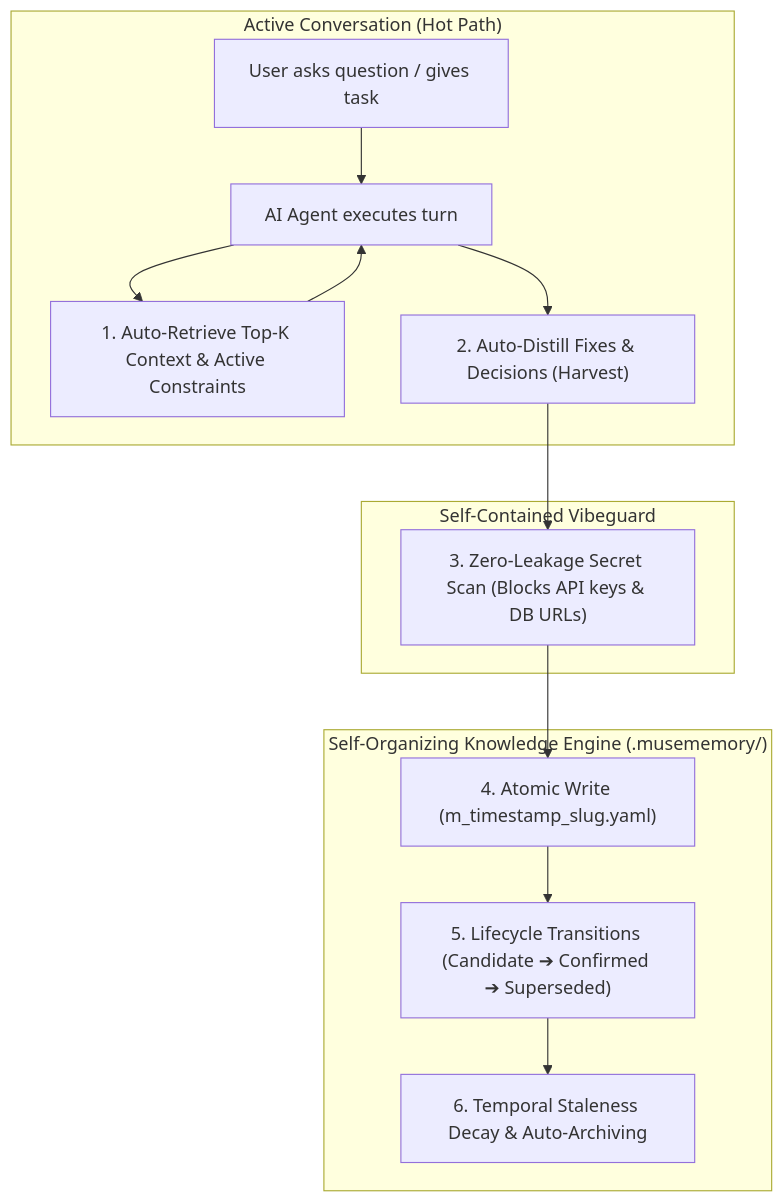
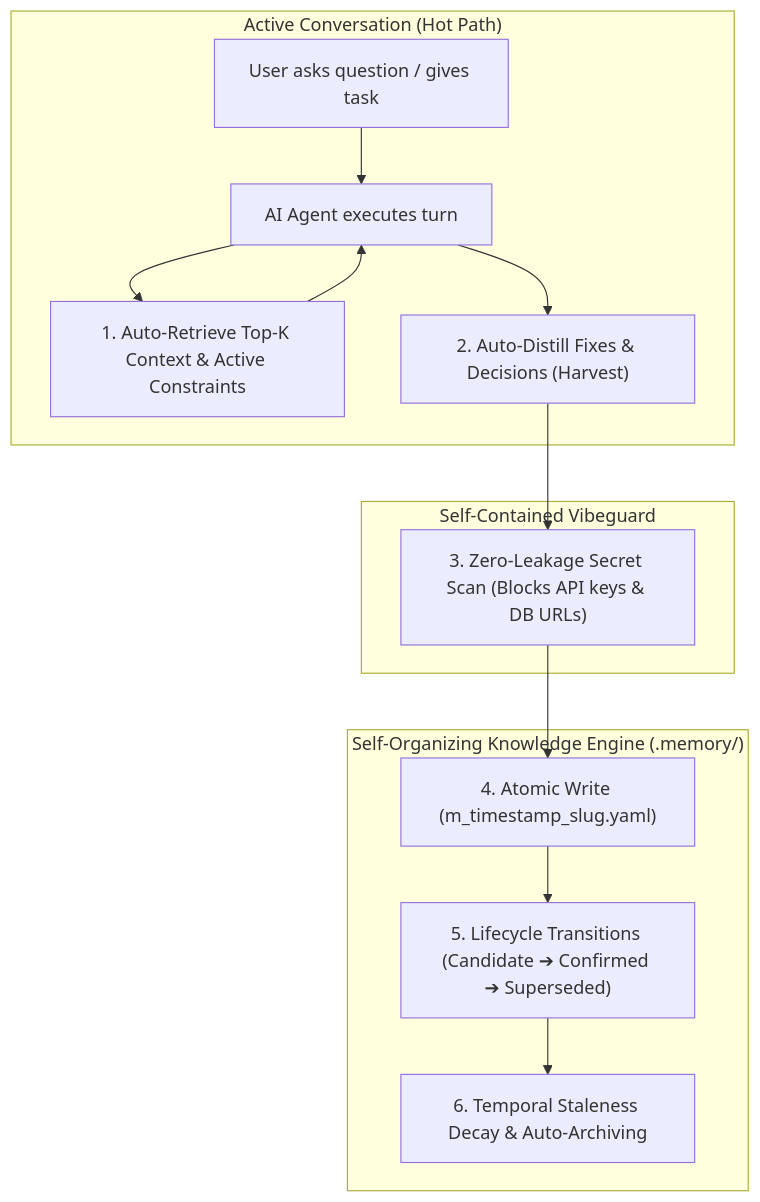
The diagram in README.md (harshsinghmp/musememory), drawn with Mermaid before and after one commit. The commit also changed other lines of this file and 6 other files, not shown here.

````diff
--- a/README.md
+++ b/README.md
@@ -138,28 +149,28 @@
 ```mermaid
 flowchart TD
     subgraph HotPath["Active Conversation (Hot Path)"]
         User["User asks question / gives task"]
         Agent["AI Agent executes turn"]
         Recall["1. Auto-Retrieve Top-K Context & Active Constraints"]
         Distill["2. Auto-Distill Fixes & Decisions (Harvest)"]
     end
 
     subgraph DefenseGate["Self-Contained Vibeguard"]
         Scan["3. Zero-Leakage Secret Scan (Blocks API keys & DB URLs)"]
     end
 
-    subgraph StoreLifecycle["Self-Organizing Knowledge Engine (.musememory/)"]
+    subgraph StoreLifecycle["Self-Organizing Knowledge Engine (.memory/)"]
         Atomic["4. Atomic Write (m_timestamp_slug.yaml)"]
         Lifecycle["5. Lifecycle Transitions (Candidate ➔ Confirmed ➔ Superseded)"]
         Decay["6. Temporal Staleness Decay & Auto-Archiving"]
     end
 
     User --> Agent
     Agent --> Recall
     Recall --> Agent
     Agent --> Distill
     Distill --> Scan
     Scan --> Atomic
     Atomic --> Lifecycle
     Lifecycle --> Decay
 ```
````
